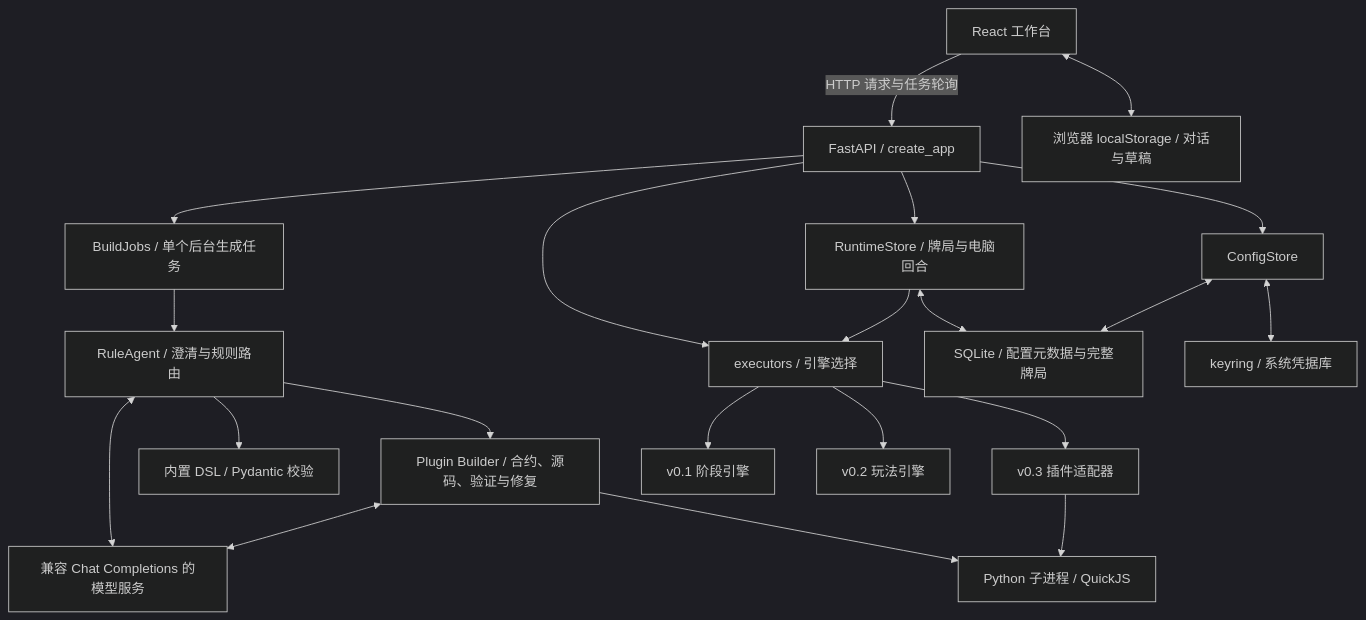
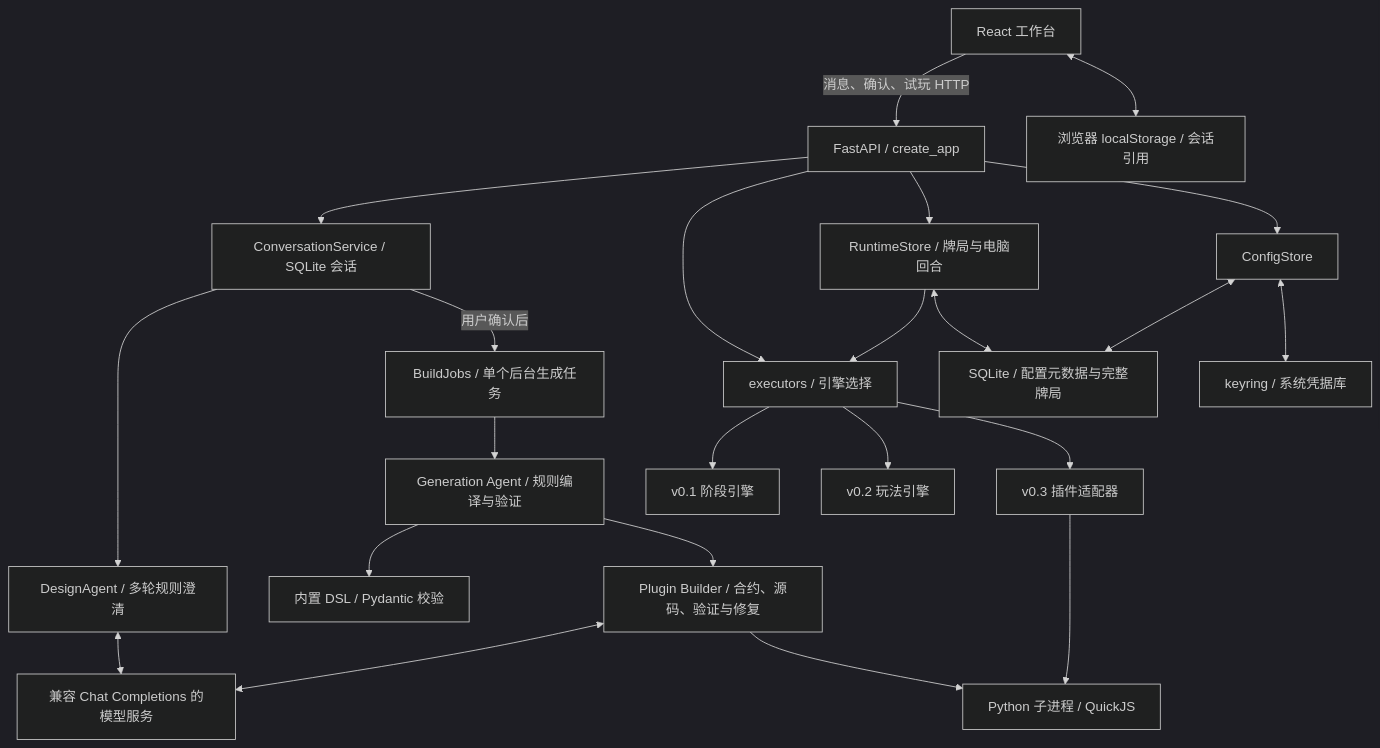
The first of 2 diagrams in docs/architecture.md (REI-330/pocker-agent), drawn with Mermaid (dark theme) before and after one commit. The commit also changed other lines of this file and 125 other files, not shown here.

````diff
--- a/docs/architecture.md
+++ b/docs/architecture.md
@@ -9,23 +9,25 @@
 ```mermaid
 flowchart TB
-    UI[React 工作台] -->|HTTP 请求与任务轮询| API[FastAPI / create_app]
-    UI <--> Draft[浏览器 localStorage / 对话与草稿]
-    API --> Jobs[BuildJobs / 单个后台生成任务]
-    Jobs --> Agent[RuleAgent / 澄清与规则路由]
-    Agent <--> LLM[兼容 Chat Completions 的模型服务]
-    Agent --> Rules[内置 DSL / Pydantic 校验]
-    Agent --> Builder[Plugin Builder / 合约、源码、验证与修复]
+    UI[React 工作台] -->|消息、确认、试玩 HTTP| API[FastAPI / create_app]
+    UI <--> Draft[浏览器 localStorage / 会话引用]
+    API --> Conversation[ConversationService / SQLite 会话]
+    Conversation --> Design[DesignAgent / 多轮规则澄清]
+    Design <--> LLM[兼容 Chat Completions 的模型服务]
+    Conversation -->|用户确认后| Jobs[BuildJobs / 单个后台生成任务]
+    Jobs --> Generation[Generation Agent / 规则编译与验证]
+    Generation --> Rules[内置 DSL / Pydantic 校验]
+    Generation --> Builder[Plugin Builder / 合约、源码、验证与修复]
     Builder <--> LLM
     Builder --> Worker[Python 子进程 / QuickJS]
     API --> Exec[executors / 引擎选择]
     Exec --> Legacy[v0.1 阶段引擎]
     Exec --> Family[v0.2 玩法引擎]
     Exec --> Plugin[v0.3 插件适配器]
     Plugin --> Worker
     API --> Runtime[RuntimeStore / 牌局与电脑回合]
     Runtime --> Exec
     Runtime <--> DB[SQLite / 配置元数据与完整牌局]
     API --> Config[ConfigStore]
     Config <--> DB
     Config <--> Vault[keyring / 系统凭据库]
 ```
````
